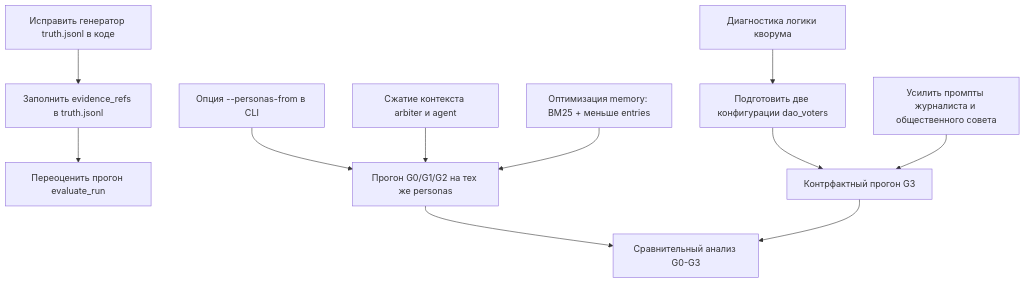
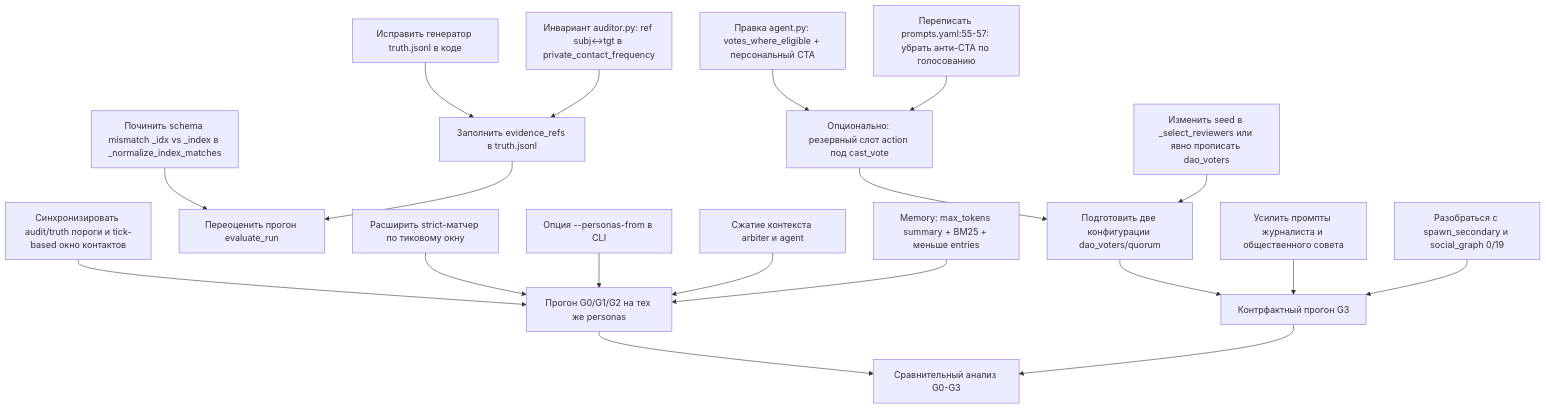
Before and after one commit to gliseop/SPHERE: the diagram in docs/plans/overnight_g3_findings_and_next_steps.md, drawn with Mermaid. The commit also changed other lines of this file, not shown here.

````diff
--- a/docs/plans/overnight_g3_findings_and_next_steps.md
+++ b/docs/plans/overnight_g3_findings_and_next_steps.md
@@ -91,13 +133,21 @@
 ```mermaid
 graph TD
+    V0[Правка agent.py: votes_where_eligible + персональный CTA] --> V1[Опционально: резервный слот action под cast_vote]
+    V0b[Переписать prompts.yaml:55-57: убрать анти-CTA по голосованию] --> V1
+    V1 --> D[Подготовить две конфигурации dao_voters/quorum]
+    Vs[Изменить seed в _select_reviewers или явно прописать dao_voters] --> D
+    S0[Починить schema mismatch _idx vs _index в _normalize_index_matches] --> B
     A[Заполнить evidence_refs в truth.jsonl] --> B[Переоценить прогон evaluate_run]
     A2[Исправить генератор truth.jsonl в коде] --> A
-    C[Диагностика логики кворума] --> D[Подготовить две конфигурации dao_voters]
+    A3[Инвариант auditor.py: ref subj↔tgt в private_contact_frequency] --> A
+    A4[Синхронизировать audit/truth пороги и tick-based окно контактов] --> F
+    M[Расширить strict-матчер по тиковому окну] --> F
     E[Опция --personas-from в CLI] --> F[Прогон G0/G1/G2 на тех же personas]
     G[Сжатие контекста arbiter и agent] --> F
-    H[Оптимизация memory: BM25 + меньше entries] --> F
+    H[Memory: max_tokens summary + BM25 + меньше entries] --> F
     D --> I[Контрфактный прогон G3]
     F --> J[Сравнительный анализ G0-G3]
     I --> J
     K[Усилить промпты журналиста и общественного совета] --> I
+    Sp[Разобраться с spawn_secondary и social_graph 0/19] --> I
 ```
````
